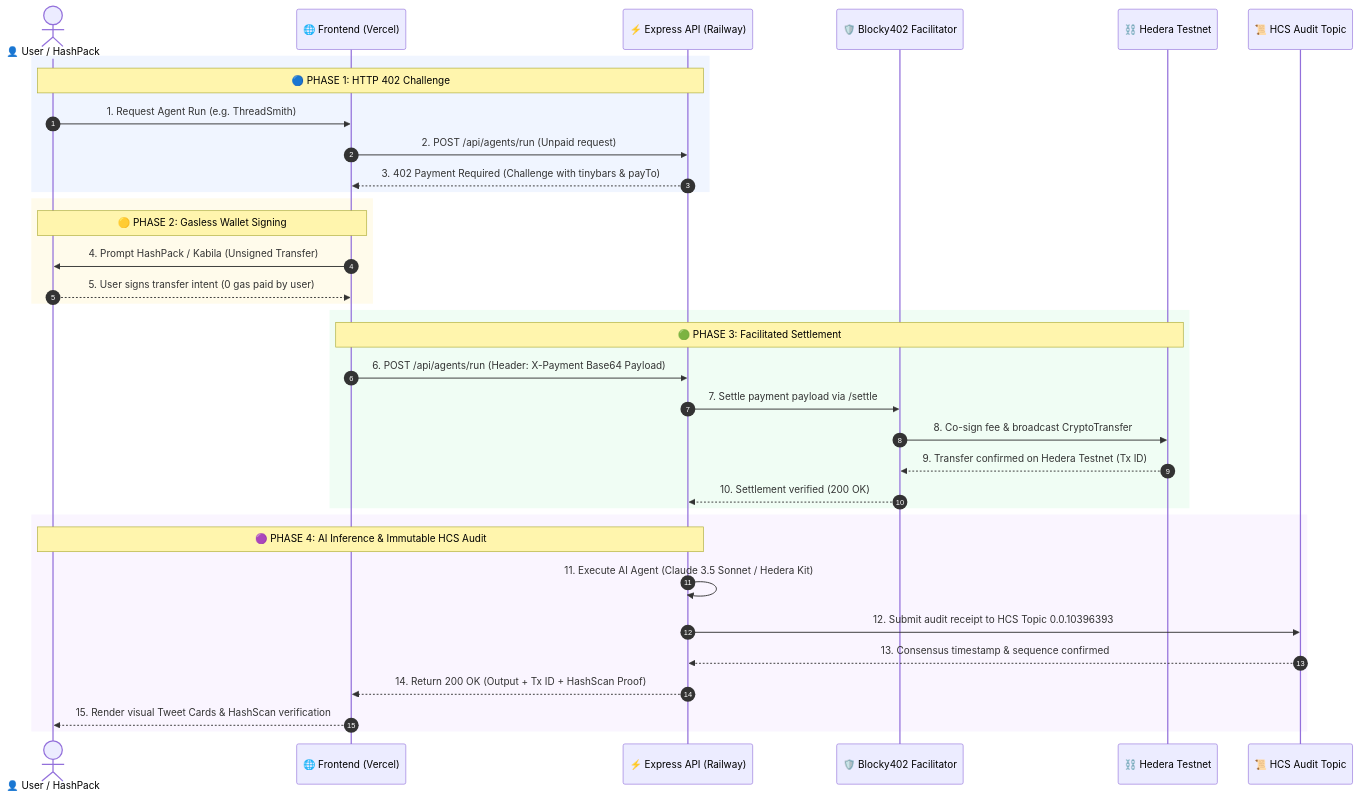
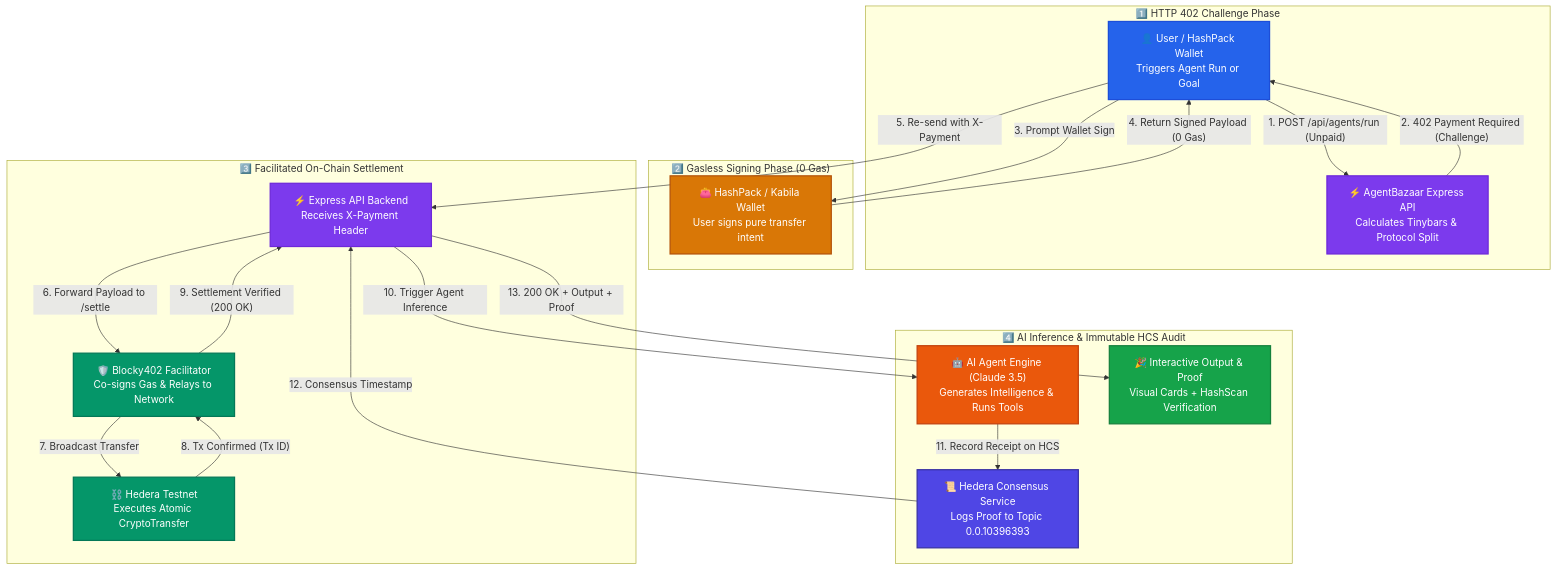
One commit to Ultraviolet01/AgentBZ changed the second of 2 diagrams in README.md. Above: the diagram before and after it, drawn with Mermaid. The commit also changed other lines of this file, not shown here.

Commit message:
docs(readme): fix diagram visibility with theme-compatible high-contrast flowchart

````diff
--- a/README.md
+++ b/README.md
@@ -164,41 +164,44 @@
 ```mermaid
-sequenceDiagram
-    autonumber
-    actor User as 👤 User / HashPack
-    participant Web as 🌐 Frontend (Vercel)
-    participant API as ⚡ Express API (Railway)
-    participant Blocky as 🛡️ Blocky402 Facilitator
-    participant Hedera as ⛓️ Hedera Testnet
-    participant HCS as 📜 HCS Audit Topic
+graph TD
+    classDef client fill:#2563eb,stroke:#1d4ed8,stroke-width:2px,color:#ffffff;
+    classDef challenge fill:#7c3aed,stroke:#6d28d9,stroke-width:2px,color:#ffffff;
+    classDef wallet fill:#d97706,stroke:#b45309,stroke-width:2px,color:#ffffff;
+    classDef settlement fill:#059669,stroke:#047857,stroke-width:2px,color:#ffffff;
+    classDef inference fill:#ea580c,stroke:#c2410c,stroke-width:2px,color:#ffffff;
+    classDef audit fill:#4f46e5,stroke:#3730a3,stroke-width:2px,color:#ffffff;
+    classDef success fill:#16a34a,stroke:#15803d,stroke-width:2px,color:#ffffff;
 
-    rect rgb(240, 245, 255)
-    Note over User,API: 🔵 PHASE 1: HTTP 402 Challenge
-    User->>Web: 1. Request Agent Run (e.g. ThreadSmith)
-    Web->>API: 2. POST /api/agents/run (Unpaid request)
-    API-->>Web: 3. 402 Payment Required (Challenge with tinybars & payTo)
+    subgraph Step1 ["1️⃣ HTTP 402 Challenge Phase"]
+        A["👤 User / HashPack Wallet<br/>Triggers Agent Run or Goal"]:::client
+        B["⚡ AgentBazaar Express API<br/>Calculates Tinybars & Protocol Split"]:::challenge
+        A -->|"1. POST /api/agents/run (Unpaid)"| B
+        B -->|"2. 402 Payment Required (Challenge)"| A
     end
 
-    rect rgb(255, 251, 235)
-    Note over User,Web: 🟡 PHASE 2: Gasless Wallet Signing
-    Web->>User: 4. Prompt HashPack / Kabila (Unsigned Transfer)
-    User-->>Web: 5. User signs transfer intent (0 gas paid by user)
+    subgraph Step2 ["2️⃣ Gasless Signing Phase (0 Gas)"]
+        C["👛 HashPack / Kabila Wallet<br/>User signs pure transfer intent"]:::wallet
+        A -->|"3. Prompt Wallet Sign"| C
+        C -->|"4. Return Signed Payload (0 Gas)"| A
     end
 
-    rect rgb(240, 253, 244)
-    Note over Web,Hedera: 🟢 PHASE 3: Facilitated Settlement
-    Web->>API: 6. POST /api/agents/run (Header: X-Payment Base64 Payload)
-    API->>Blocky: 7. Settle payment payload via /settle
-    Blocky->>Hedera: 8. Co-sign fee & broadcast CryptoTransfer
-    Hedera-->>Blocky: 9. Transfer confirmed on Hedera Testnet (Tx ID)
-    Blocky-->>API: 10. Settlement verified (200 OK)
+    subgraph Step3 ["3️⃣ Facilitated On-Chain Settlement"]
+        D["⚡ Express API Backend<br/>Receives X-Payment Header"]:::challenge
+        E["🛡️ Blocky402 Facilitator<br/>Co-signs Gas & Relays to Network"]:::settlement
+        F["⛓️ Hedera Testnet<br/>Executes Atomic CryptoTransfer"]:::settlement
+        A -->|"5. Re-send with X-Payment"| D
+        D -->|"6. Forward Payload to /settle"| E
+        E -->|"7. Broadcast Transfer"| F
+        F -->|"8. Tx Confirmed (Tx ID)"| E
+        E -->|"9. Settlement Verified (200 OK)"| D
     end
 
-    rect rgb(250, 245, 255)
-    Note over API,User: 🟣 PHASE 4: AI Inference & Immutable HCS Audit
-    API->>API: 11. Execute AI Agent (Claude 3.5 Sonnet / Hedera Kit)
-    API->>HCS: 12. Submit audit receipt to HCS Topic 0.0.10396393
-    HCS-->>API: 13. Consensus timestamp & sequence confirmed
-    API-->>Web: 14. Return 200 OK (Output + Tx ID + HashScan Proof)
-    Web-->>User: 15. Render visual Tweet Cards & HashScan verification
+    subgraph Step4 ["4️⃣ AI Inference & Immutable HCS Audit"]
+        G["🤖 AI Agent Engine (Claude 3.5)<br/>Generates Intelligence & Runs Tools"]:::inference
+        H["📜 Hedera Consensus Service<br/>Logs Proof to Topic 0.0.10396393"]:::audit
+        I["🎉 Interactive Output & Proof<br/>Visual Cards + HashScan Verification"]:::success
+        D -->|"10. Trigger Agent Inference"| G
+        G -->|"11. Record Receipt on HCS"| H
+        H -->|"12. Consensus Timestamp"| D
+        D -->|"13. 200 OK + Output + Proof"| I
     end
 ```
````
